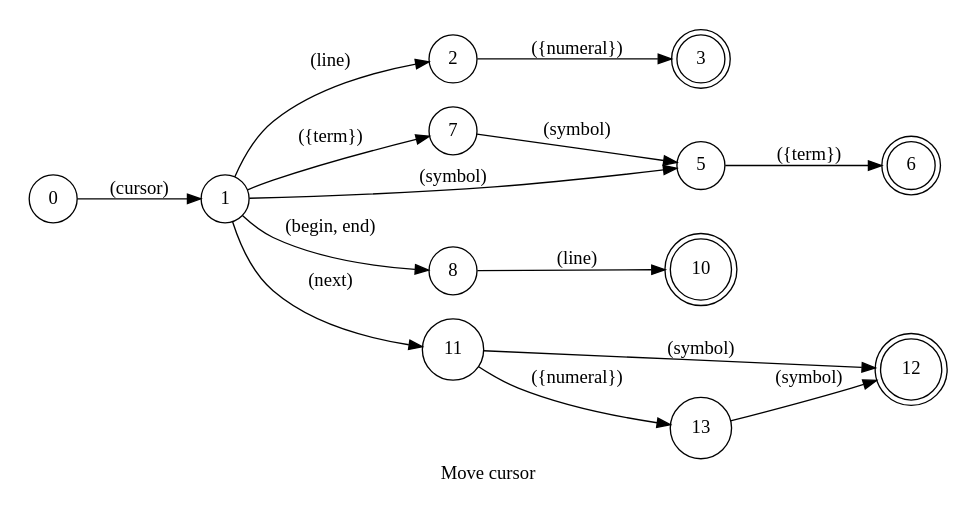
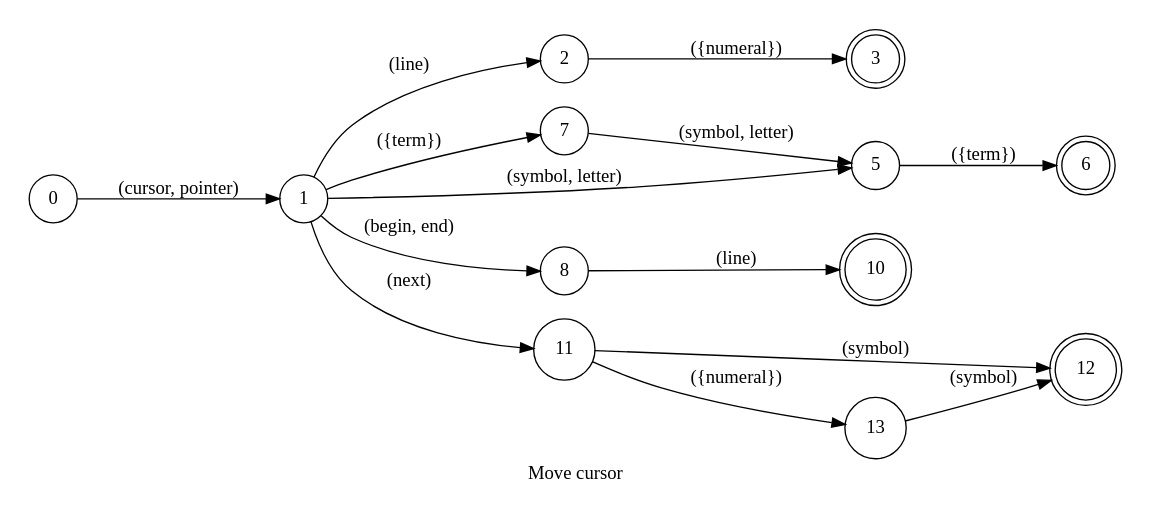
Before and after one commit to pedrooaugusto/speech-to-code: the diagram in spoken/src/modules/typescript/cursor/phrase_en-US.dot, drawn with Graphviz. The commit also changed 24 other files, not shown here.

```diff
--- a/spoken/src/modules/typescript/cursor/phrase_en-US.dot
+++ b/spoken/src/modules/typescript/cursor/phrase_en-US.dot
@@ -1,28 +1,28 @@
 digraph Cursor {
     id="cursor";
     label="Move cursor";
     lang="en-US";
     langName="English";
     pad="0.2";
     rankdir=LR;
     node[shape=doublecircle]; 3 10 12 6;
     node[shape=circle];
 
-    0 -> 1 [label="(cursor)"];
+    0 -> 1 [label="(cursor, pointer)"];
     1 -> 2 [label="(line)"];
     2 -> 3 [label="({numeral})", store=line];
 
-    {1 7} -> 5 [label="(symbol)"];
+    {1 7} -> 5 [label="(symbol, letter)"];
     1 -> 7 [label="({term})", store=leapSize, normalize="ordinalNumber"];
     5 -> 6 [label="({term})", store=letter];
 
     1 -> 8 [label="(begin, end)", store=linePosition];
     8 -> 10 [label="(line)"];
 
     1 -> 11 [label="(next)"];
     11 -> 13 [label="({numeral})", store=leapSize];
     {11 13} -> 12 [label="(symbol)"];
 
     title="Move cursor";
     desc="Moves the cursor to a different line or token";
 }
```
